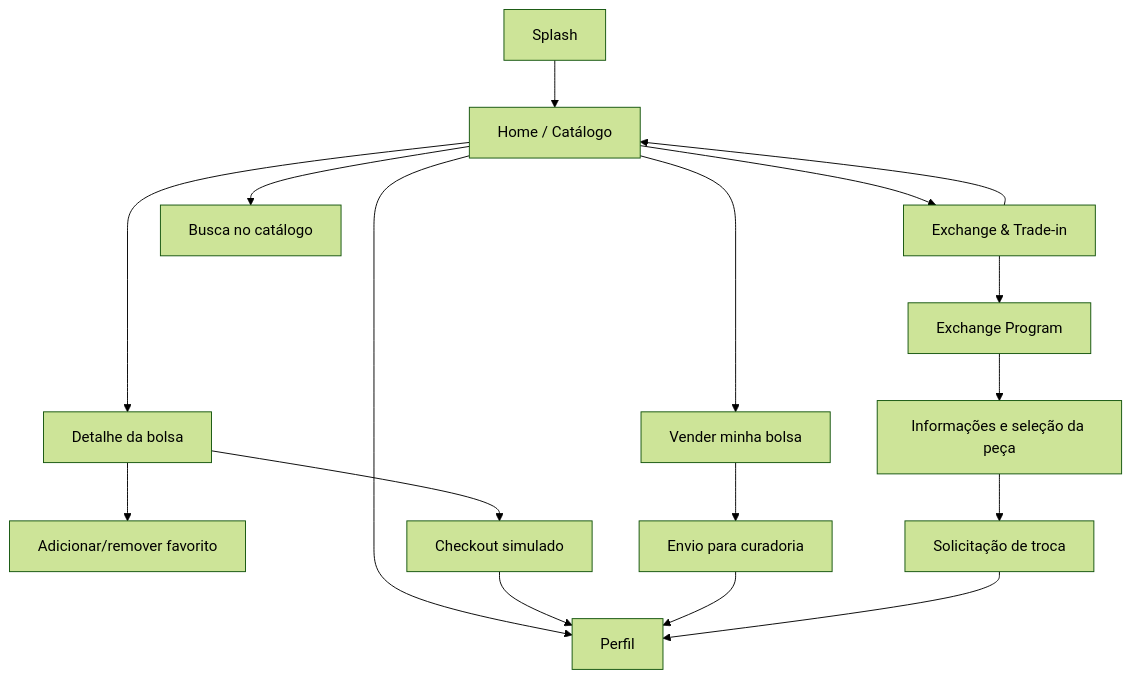
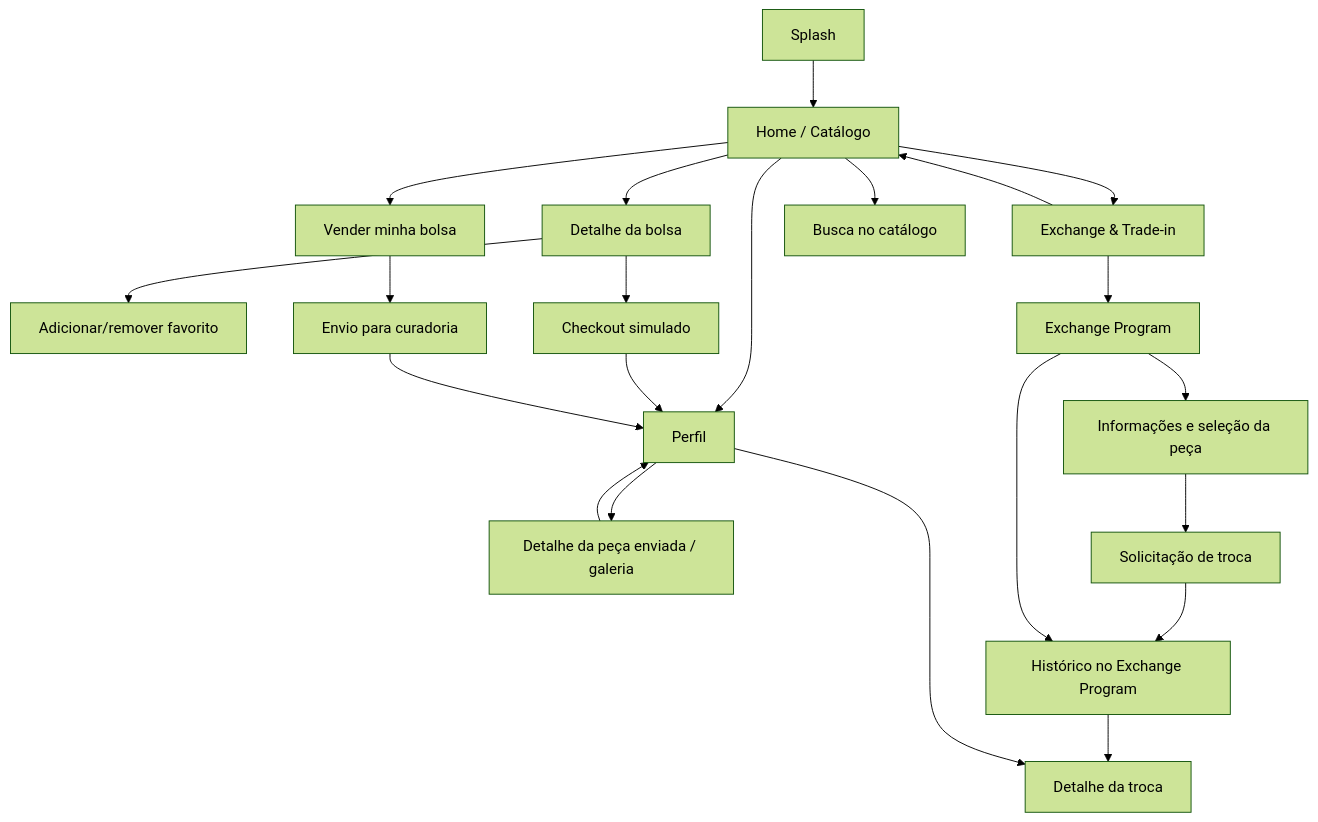
Before and after one commit to LuanOrlandelli/cp5-next-chapter-mobile: the diagram in docs/FLUXOS.md, drawn with Mermaid (forest theme). The commit also changed other lines of this file and 10 other files, not shown here.

````diff
--- a/docs/FLUXOS.md
+++ b/docs/FLUXOS.md
@@ -3,19 +3,24 @@
 ```mermaid
 flowchart TD
  S[Splash] --> H[Home / Catálogo]
  H --> D[Detalhe da bolsa]
  H --> V[Vender minha bolsa]
  H --> T[Exchange & Trade-in]
  H --> P[Perfil]
  H --> B[Busca no catálogo]
  D --> F[Adicionar/remover favorito]
  D --> C[Checkout simulado]
  C --> P
  V --> Q[Envio para curadoria]
  Q --> P
+ P --> SD[Detalhe da peça enviada / galeria]
+ SD --> P
  T --> H
  T --> E[Exchange Program]
  E --> M[Informações e seleção da peça]
  M --> R[Solicitação de troca]
- R --> P
+ R --> EH[Histórico no Exchange Program]
+ E --> EH
+ EH --> ED[Detalhe da troca]
+ P --> ED
 ```
````
